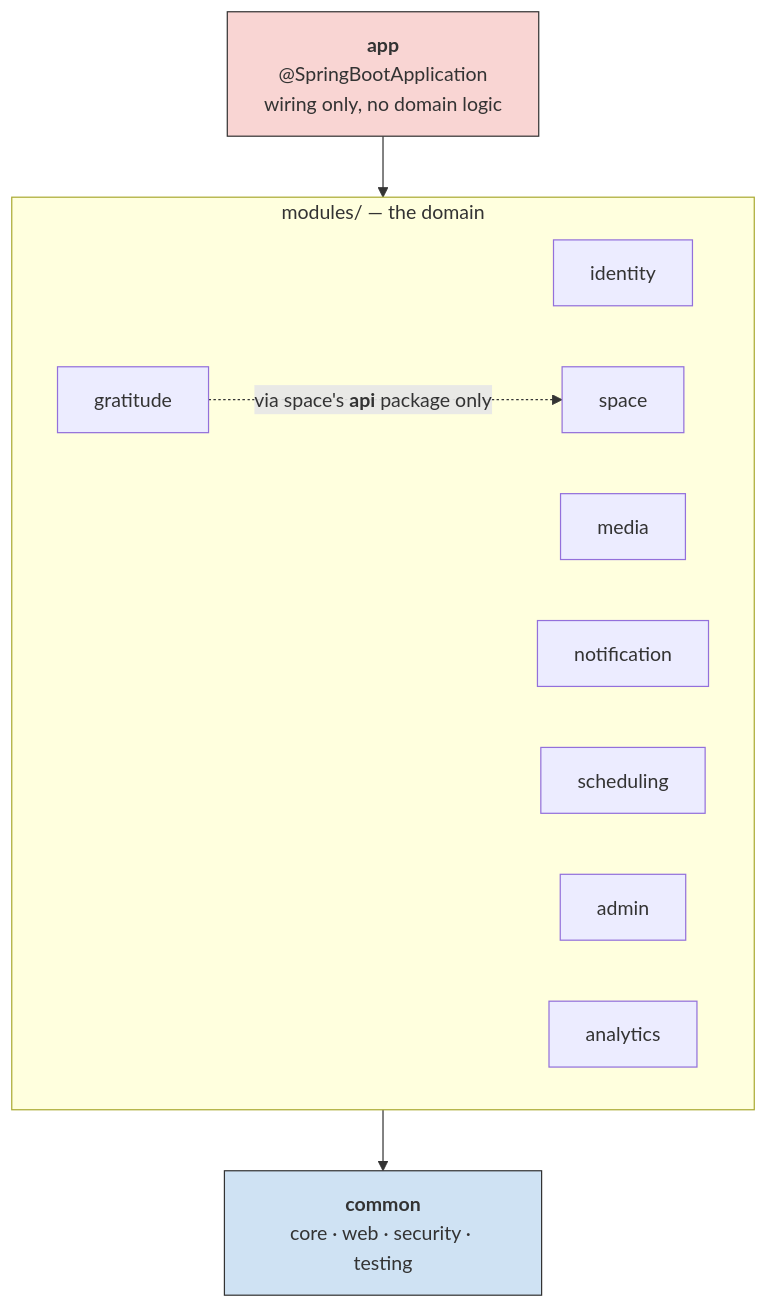
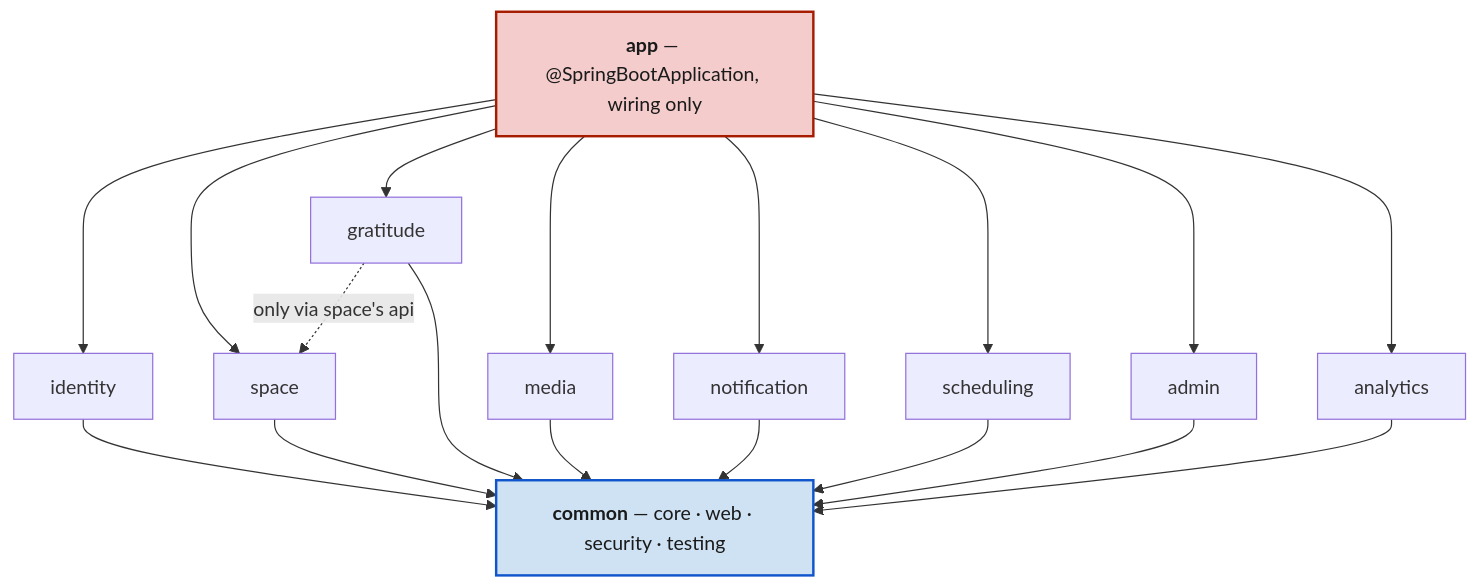
Before and after one commit to Ayodeji97/moyi-backend: the first of 2 diagrams in README.md, drawn with Mermaid. The commit also changed other lines of this file, not shown here.

Commit message:
docs: make README diagrams readable on GitHub's dark theme
Verified by rendering the branch on GitHub rather than assuming the
Mermaid was fine. Two real problems: light node fills left near-invisible
pale text in dark mode (classDef now sets an explicit dark color, which
works in both themes), and eight modules inside a subgraph stacked into a
very tall column — replaced with a compact three-tier layout.

````diff
--- a/README.md
+++ b/README.md
@@ -87,25 +87,28 @@
 ```mermaid
 flowchart TD
-    app["<b>app</b><br/>@SpringBootApplication<br/>wiring only, no domain logic"]
+    app["<b>app</b> — @SpringBootApplication, wiring only"]
 
-    subgraph domain_modules ["modules/ — the domain"]
-        identity["identity"]
-        space["space"]
-        gratitude["gratitude"]
-        media["media"]
-        notification["notification"]
-        scheduling["scheduling"]
-        admin["admin"]
-        analytics["analytics"]
-    end
+    identity["identity"]
+    space["space"]
+    gratitude["gratitude"]
+    media["media"]
+    notification["notification"]
+    scheduling["scheduling"]
+    admin["admin"]
+    analytics["analytics"]
 
-    common["<b>common</b><br/>core · web · security · testing"]
+    common["<b>common</b> — core · web · security · testing"]
 
-    app --> domain_modules
-    domain_modules --> common
+    app --> identity & space & gratitude & media
+    app --> notification & scheduling & admin & analytics
 
-    gratitude -. "via space's <b>api</b> package only" .-> space
+    identity & space & gratitude & media --> common
+    notification & scheduling & admin & analytics --> common
 
-    style app fill:#f9d5d3,stroke:#333
-    style common fill:#cfe2f3,stroke:#333
+    gratitude -. "only via space's api" .-> space
+
+    classDef wiring fill:#f4cccc,stroke:#a61c00,stroke-width:2px,color:#1a1a1a
+    classDef shared fill:#cfe2f3,stroke:#1155cc,stroke-width:2px,color:#1a1a1a
+    class app wiring
+    class common shared
 ```
````
